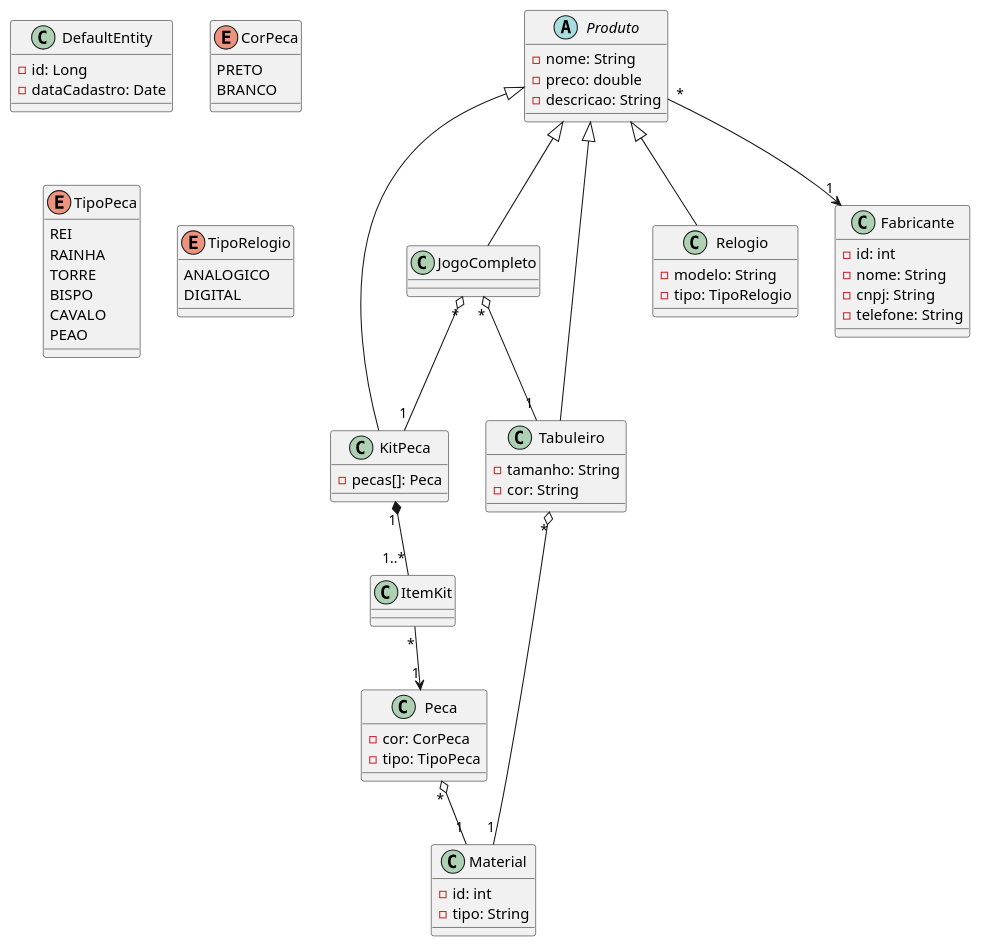
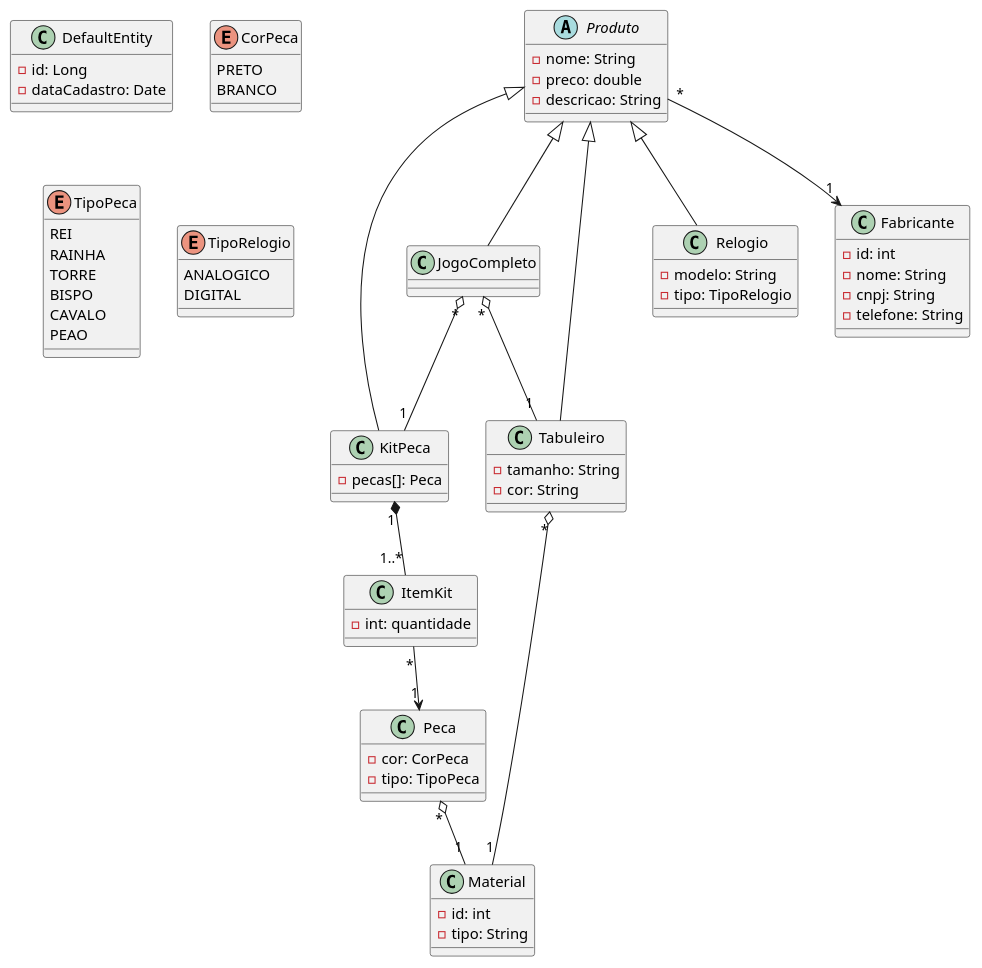
Before and after one commit to Gus7000/xadrez_e_comerce: the diagram in diagramas/diagramaClasses.plantuml, drawn with PlantUML. The commit also changed 26 other files, not shown here.

Commit message:
mudança na modelagem e criação do itemKit

```diff
--- a/diagramas/diagramaClasses.plantuml
+++ b/diagramas/diagramaClasses.plantuml
@@ -1,85 +1,88 @@
 @startuml DiagramaClasses
 
 abstract class Produto {
     -nome: String
     -preco: double
     -descricao: String
 }
 class DefaultEntity{
     -id: Long
     -dataCadastro: Date
 }
 
 enum CorPeca {
     PRETO
     BRANCO
 }
 
 class Material {
     -id: int
     -tipo: String
 }
 
 class Peca {
     -cor: CorPeca
     -tipo: TipoPeca
 }
 class KitPeca {
     -pecas[]: Peca
 }
 enum TipoPeca {
     REI
     RAINHA
     TORRE
     BISPO
     CAVALO
     PEAO
 }
 
 class Tabuleiro {
     -tamanho: String
     -cor: String
 }
 
 class Relogio {
     -modelo: String
     -tipo: TipoRelogio
 }
 enum TipoRelogio {
     ANALOGICO
     DIGITAL
 }
 class JogoCompleto {
 }
 
 class Fabricante {
     -id: int
     -nome: String
     -cnpj: String
     -telefone: String
 }
+class ItemKit {
+    -int: quantidade
+}
 
 '---------------- HERANÇA ----------------
 
 Produto <|-- KitPeca
 Produto <|-- Tabuleiro
 Produto <|-- Relogio
 Produto <|-- JogoCompleto
 
 '---------------- COMPOSIÇÃO ----------------
 
 KitPeca "1" *-- "1..*" ItemKit
 ItemKit "*" --> "1" Peca
 
 '---------------- AGREGAÇÃO ----------------
 JogoCompleto "*" o-- "1" Tabuleiro
 JogoCompleto "*" o-- "1" KitPeca
 
 Peca "*" o-- "1" Material
 Tabuleiro "*" o-- "1" Material
 
 '---------------- ASSOCIAÇÃO ----------------
 
 Produto "*" --> "1" Fabricante
 
 @enduml
```
